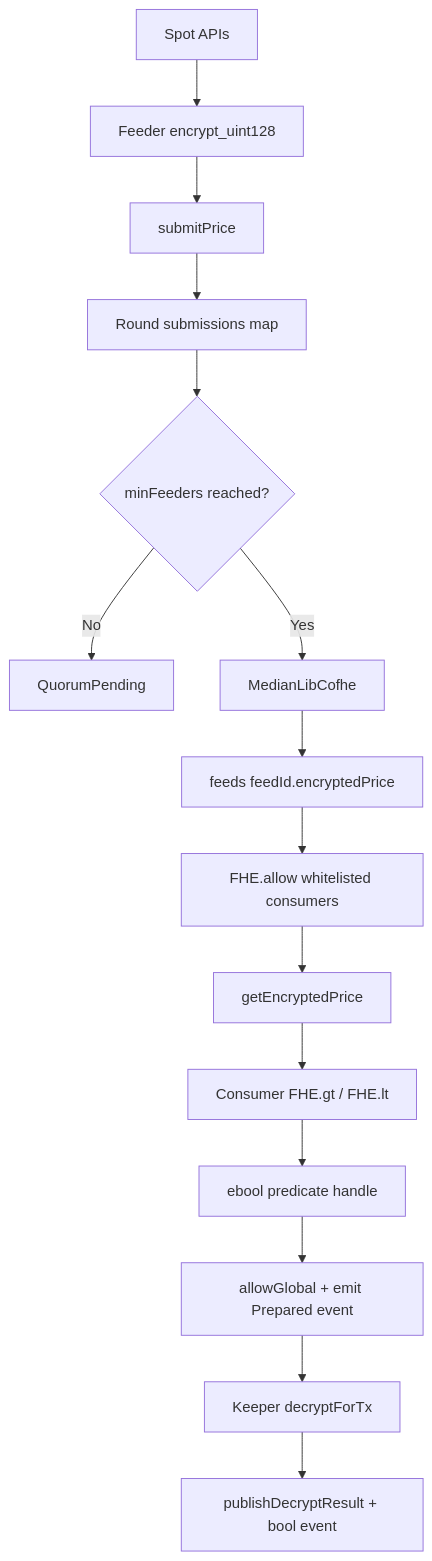
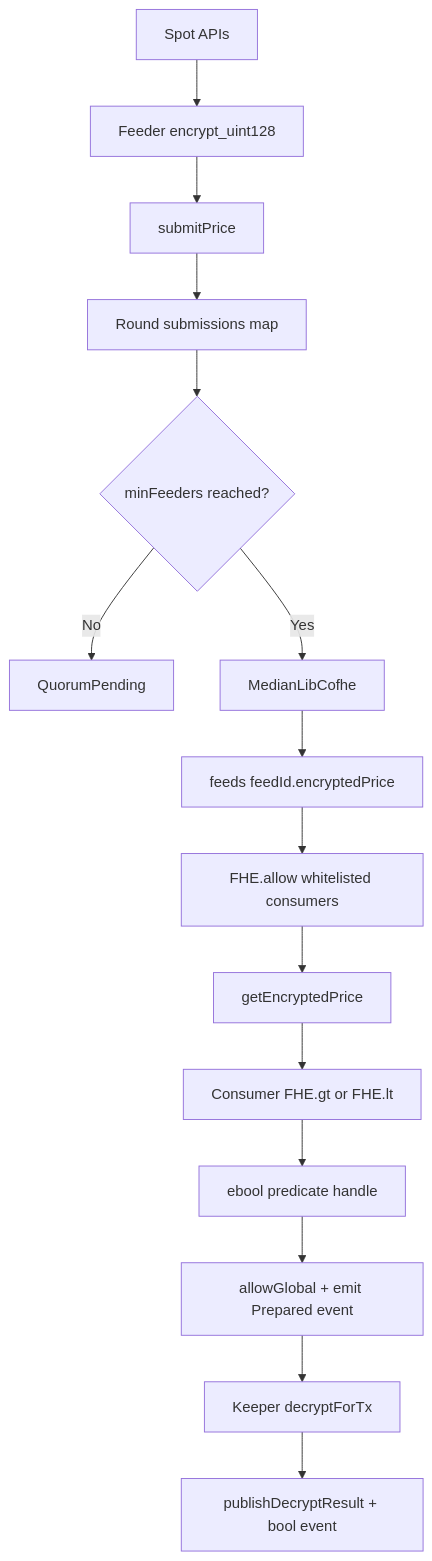
The fifth of 7 diagrams in README.md (Nanle-code/fhe-oracle-bridge), drawn with Mermaid before and after one commit. The commit also changed other lines of this file, not shown here.

````diff
--- a/README.md
+++ b/README.md
@@ -519,17 +501,17 @@
 ```mermaid
 flowchart TD
     A[Spot APIs] --> B[Feeder encrypt_uint128]
     B --> C[submitPrice]
     C --> D[Round submissions map]
     D --> E{minFeeders reached?}
     E -- No --> F[QuorumPending]
     E -- Yes --> G[MedianLibCofhe]
     G --> H[feeds feedId.encryptedPrice]
     H --> I[FHE.allow whitelisted consumers]
     I --> J[getEncryptedPrice]
-    J --> K[Consumer FHE.gt / FHE.lt]
+    J --> K["Consumer FHE.gt or FHE.lt"]
     K --> L[ebool predicate handle]
     L --> M[allowGlobal + emit Prepared event]
     M --> N[Keeper decryptForTx]
     N --> O[publishDecryptResult + bool event]
 ```
````
